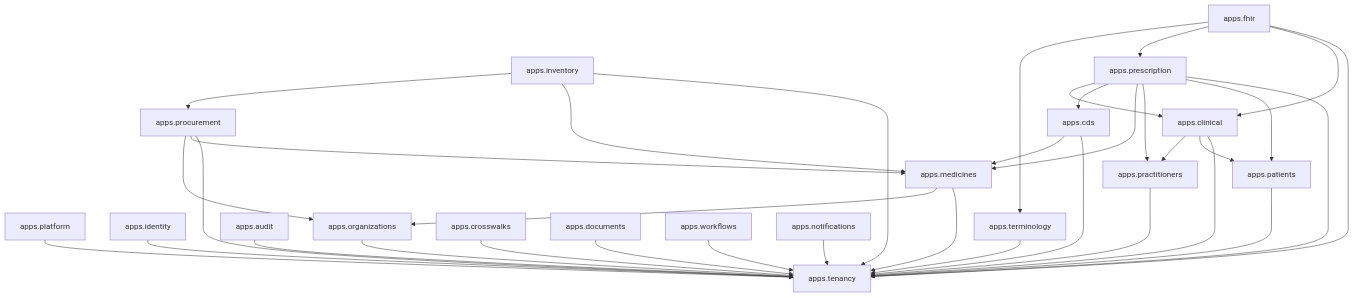
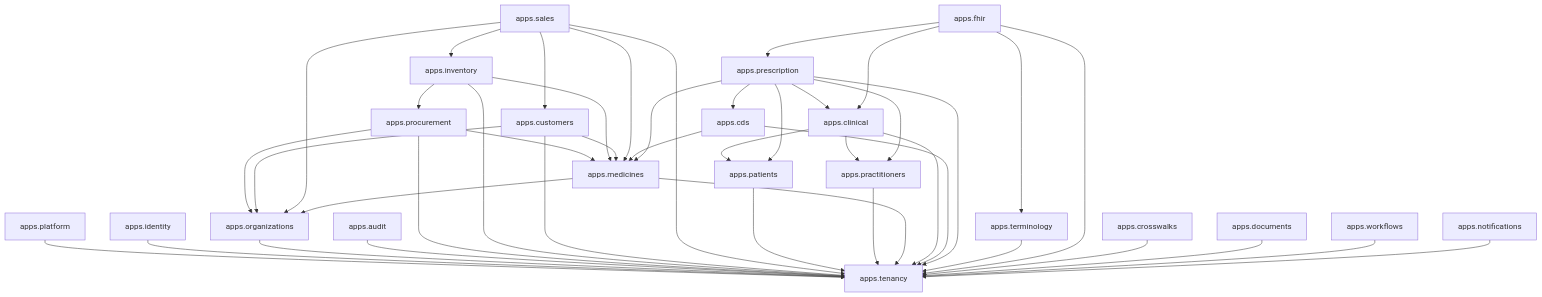
The first of 2 diagrams in docs/architecture/REPOSITORY_DEPENDENCY_GRAPH.md (cksidney/TibaTrace), drawn with Mermaid before and after one commit. The commit also changed 52 other files, not shown here.

Commit message:
feat: establish enterprise sales and order fulfilment

````diff
--- a/docs/architecture/REPOSITORY_DEPENDENCY_GRAPH.md
+++ b/docs/architecture/REPOSITORY_DEPENDENCY_GRAPH.md
@@ -13,48 +13,58 @@
 ```mermaid
 graph TD
     %% Core Infrastructure & Tenancy
     platform[apps.platform] --> tenancy[apps.tenancy]
     identity[apps.identity] --> tenancy
     organizations[apps.organizations] --> tenancy
     audit[apps.audit] --> tenancy
 
     %% Procurement, Supplier Governance & Inventory
     procurement[apps.procurement] --> tenancy
     procurement --> medicines
     procurement --> organizations
     inventory[apps.inventory] --> tenancy
     inventory --> medicines
     inventory --> procurement
+
+    %% Customers, Sales & Fulfilment
+    customers[apps.customers] --> tenancy
+    customers --> organizations
+    customers --> medicines
+    sales[apps.sales] --> tenancy
+    sales --> customers
+    sales --> medicines
+    sales --> inventory
+    sales --> organizations
 
     %% Clinical Core & Enterprise Medicine Master
     patients[apps.patients] --> tenancy
     practitioners[apps.practitioners] --> tenancy
     medicines[apps.medicines] --> tenancy
     medicines --> organizations
     clinical[apps.clinical] --> tenancy
     clinical --> patients
     clinical --> practitioners
 
     %% Prescription & CDS
     cds[apps.cds] --> tenancy
     cds --> medicines
     prescription[apps.prescription] --> tenancy
     prescription --> patients
     prescription --> practitioners
     prescription --> medicines
     prescription --> cds
     prescription --> clinical
 
     %% FHIR & Terminology
     terminology[apps.terminology] --> tenancy
     fhir[apps.fhir] --> tenancy
     fhir --> clinical
     fhir --> prescription
     fhir --> terminology
 
     %% Auxiliary & Integration
     crosswalks[apps.crosswalks] --> tenancy
     documents[apps.documents] --> tenancy
     workflows[apps.workflows] --> tenancy
     notifications[apps.notifications] --> tenancy
 ```
````
